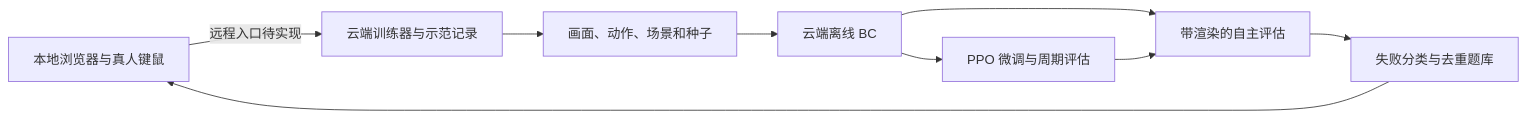
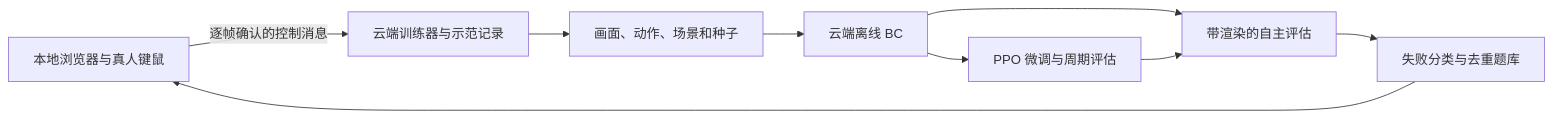
The diagram in docs/stage1-guide.md (wly-lizhong/valorant-agent-lab), drawn with Mermaid before and after one commit. The commit also changed other lines of this file and 24 other files, not shown here.

````diff
--- a/docs/stage1-guide.md
+++ b/docs/stage1-guide.md
@@ -22,11 +22,11 @@
 ```mermaid
 flowchart LR
-    A[本地浏览器与真人键鼠] -->|远程入口待实现| G[云端训练器与示范记录]
+    A[本地浏览器与真人键鼠] -->|逐帧确认的控制消息| G[云端训练器与示范记录]
     G --> B[画面、动作、场景和种子]
     B --> C[云端离线 BC]
     C --> D[带渲染的自主评估]
     D --> E[失败分类与去重题库]
     E --> A
     C --> F[PPO 微调与周期评估]
     F --> D
 ```
````
